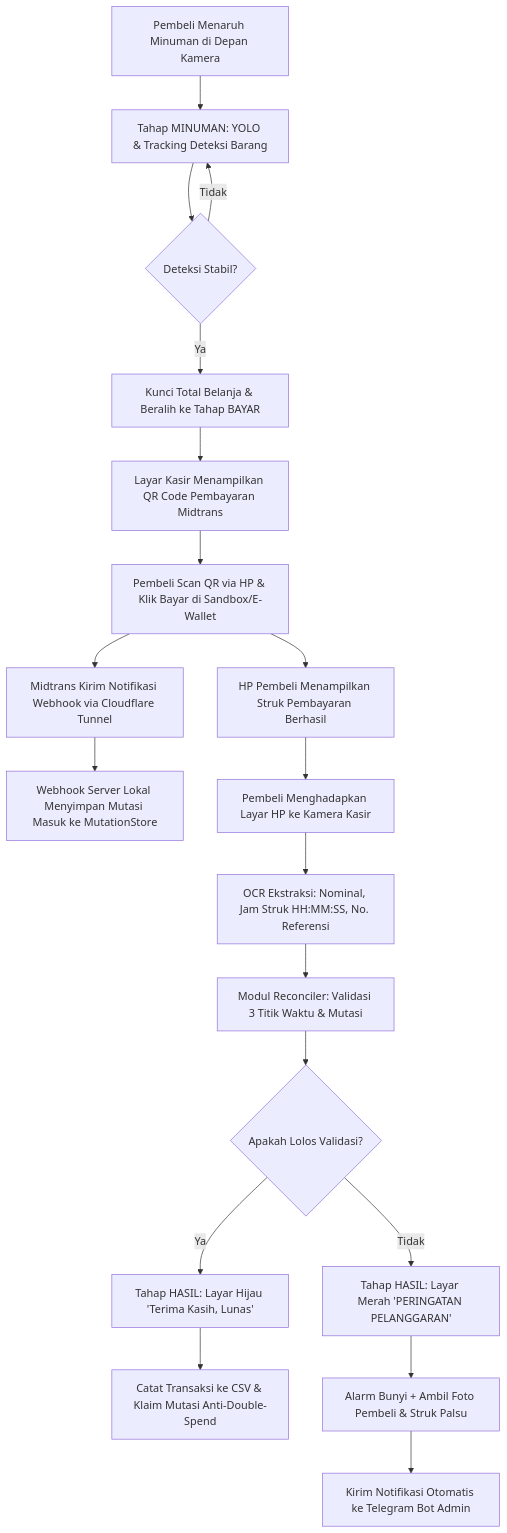
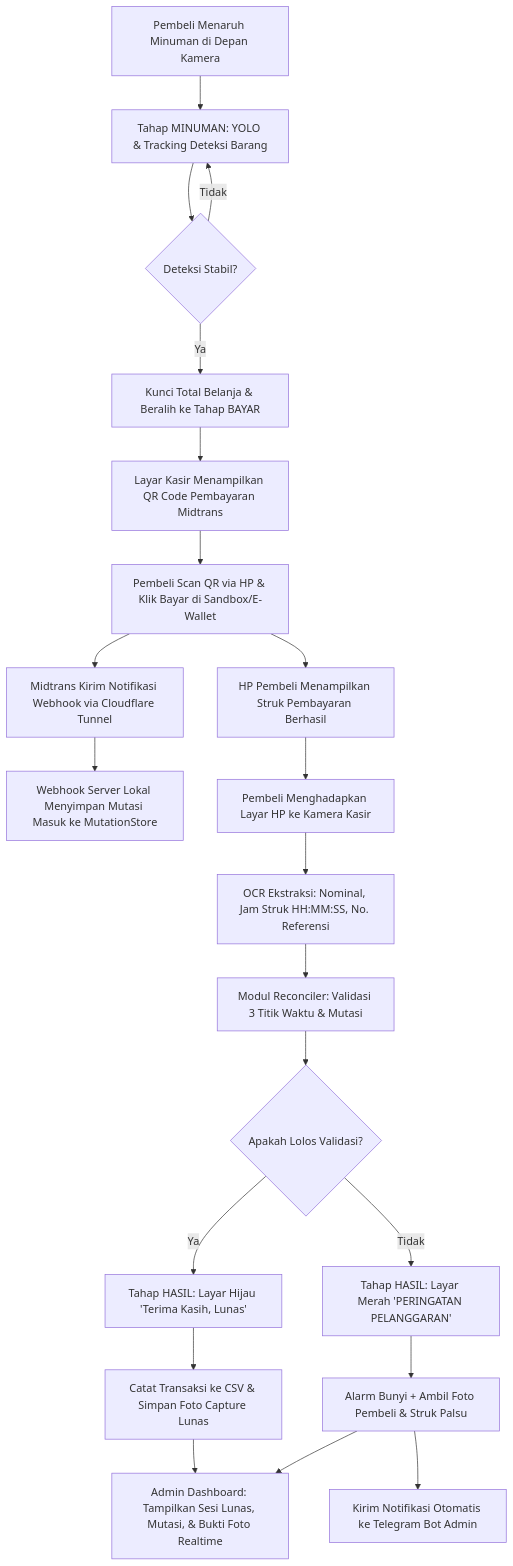
One commit to ruwwww/yolo-bottle changed the diagram in docs/REKONSILIASI_DAN_MIDTRANS.md. Above: the diagram before and after it, drawn with Mermaid. The commit also changed other lines of this file and 4 other files, not shown here.

Commit message:
feat(dashboard): admin live monitoring dashboard untuk sesi transaksi, status lunas vs fraud, dan inspeksi capture

````diff
--- a/docs/REKONSILIASI_DAN_MIDTRANS.md
+++ b/docs/REKONSILIASI_DAN_MIDTRANS.md
@@ -24,28 +24,31 @@
 ```mermaid
 flowchart TD
     A[Pembeli Menaruh Minuman di Depan Kamera] --> B[Tahap MINUMAN: YOLO & Tracking Deteksi Barang]
     B --> C{Deteksi Stabil?}
     C -- Tidak --> B
     C -- Ya --> D[Kunci Total Belanja & Beralih ke Tahap BAYAR]
     
     D --> E[Layar Kasir Menampilkan QR Code Pembayaran Midtrans]
     E --> F[Pembeli Scan QR via HP & Klik Bayar di Sandbox/E-Wallet]
     
     F --> G[Midtrans Kirim Notifikasi Webhook via Cloudflare Tunnel]
     G --> H[Webhook Server Lokal Menyimpan Mutasi Masuk ke MutationStore]
     
     F --> I[HP Pembeli Menampilkan Struk Pembayaran Berhasil]
     I --> J[Pembeli Menghadapkan Layar HP ke Kamera Kasir]
     
     J --> K[OCR Ekstraksi: Nominal, Jam Struk HH:MM:SS, No. Referensi]
     K --> L[Modul Reconciler: Validasi 3 Titik Waktu & Mutasi]
     
     L --> M{Apakah Lolos Validasi?}
     
     M -- Ya --> N[Tahap HASIL: Layar Hijau 'Terima Kasih, Lunas']
-    N --> O[Catat Transaksi ke CSV & Klaim Mutasi Anti-Double-Spend]
+    N --> O[Catat Transaksi ke CSV & Simpan Foto Capture Lunas]
     
     M -- Tidak --> P[Tahap HASIL: Layar Merah 'PERINGATAN PELANGGARAN']
     P --> Q[Alarm Bunyi + Ambil Foto Pembeli & Struk Palsu]
     Q --> R[Kirim Notifikasi Otomatis ke Telegram Bot Admin]
+    
+    O --> S[Admin Dashboard: Tampilkan Sesi Lunas, Mutasi, & Bukti Foto Realtime]
+    Q --> S
 ```
````
